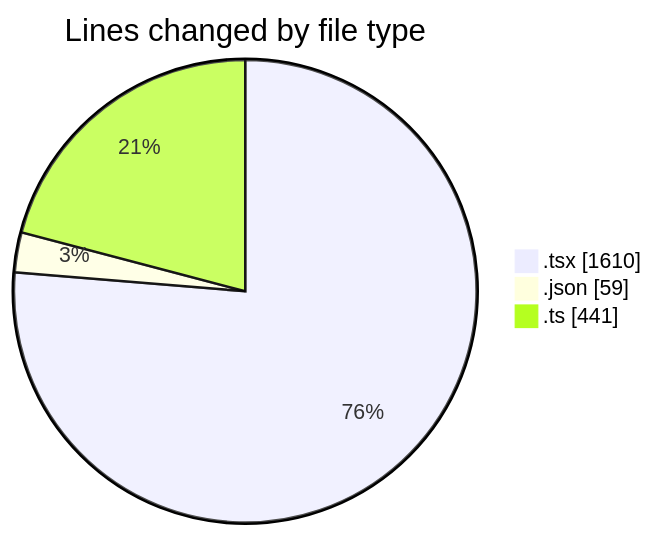
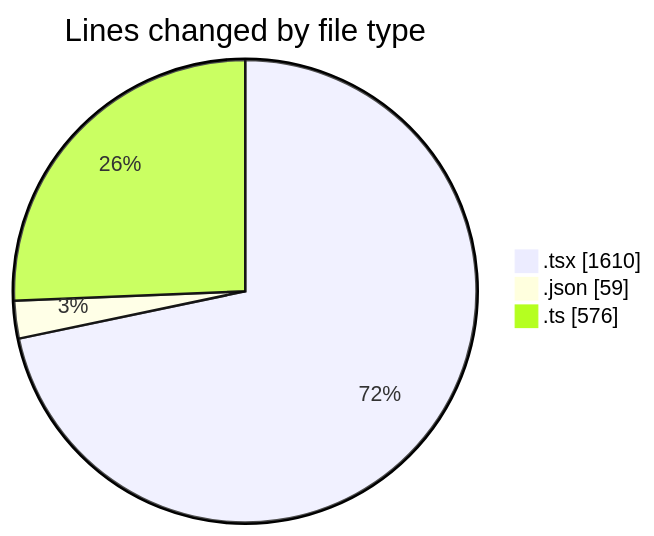
The first of 2 diagrams in 2025-11-24/cda/README.md (momahboobian/code-tracking), drawn with Mermaid before and after one commit. The commit also changed other lines of this file and 1 other file, not shown here.

````diff
--- a/2025-11-24/cda/README.md
+++ b/2025-11-24/cda/README.md
@@ -28,7 +28,7 @@
 ```mermaid
 pie showData
 title Lines changed by file type
 ".tsx" : 1610
 ".json" : 59
-".ts" : 441
+".ts" : 576
 ```
````
